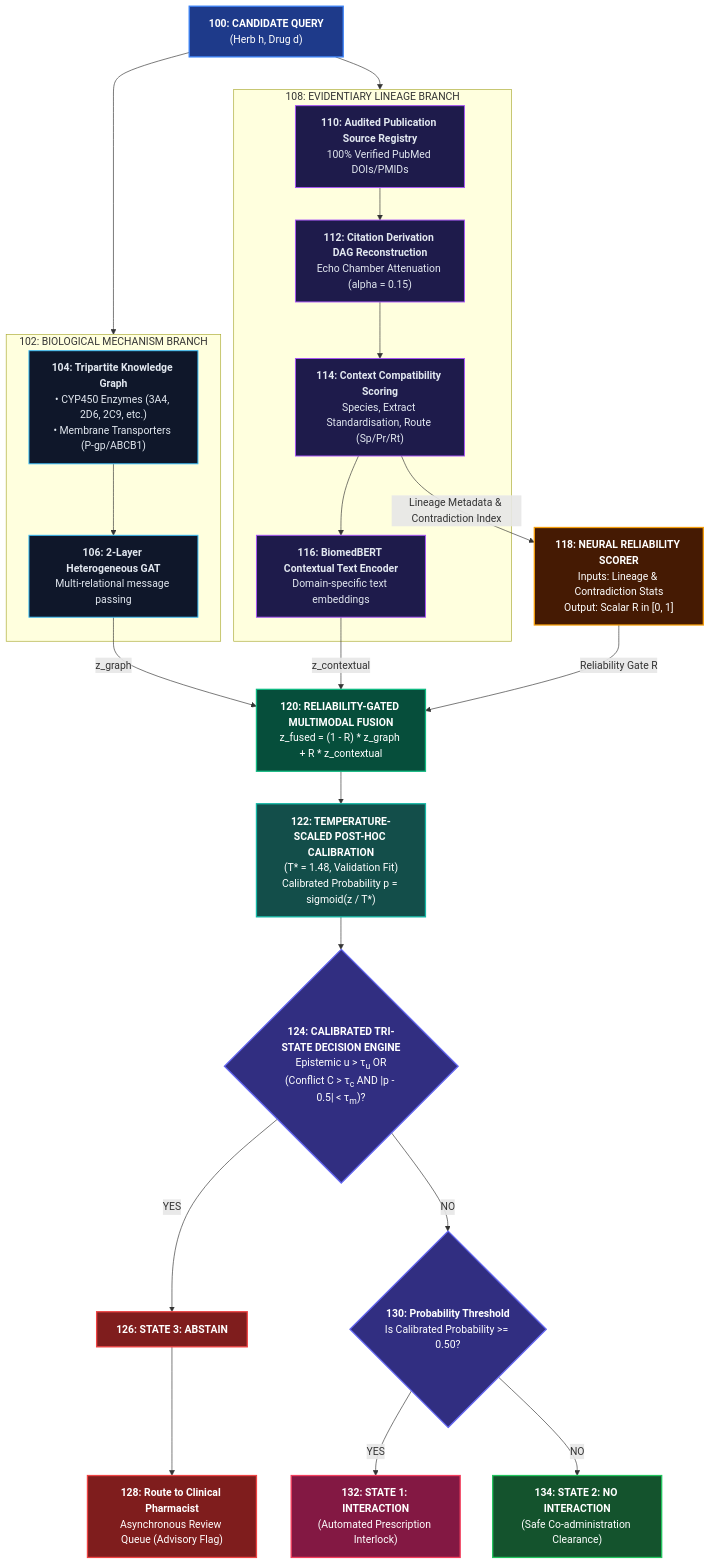
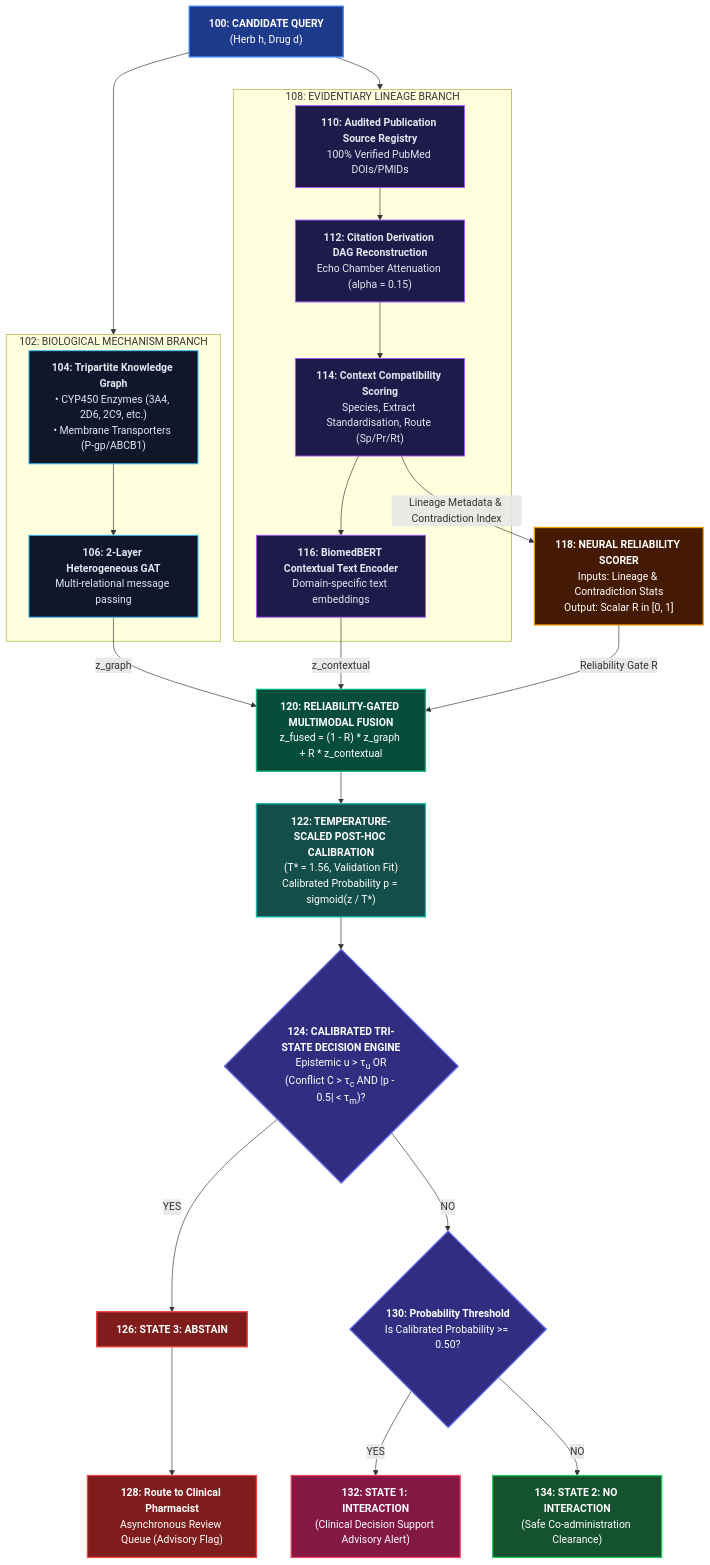
The diagram in patent/VIT_Invention_Disclosure_Form_IDF_B.md (jiya2000/Reliability-Conditioned-Herb-Drug-Interaction-Prediction), drawn with Mermaid before and after one commit. The commit also changed other lines of this file and 108 other files, not shown here.

```diff
--- a/patent/VIT_Invention_Disclosure_Form_IDF_B.md
+++ b/patent/VIT_Invention_Disclosure_Form_IDF_B.md
@@ -115,7 +115,7 @@
     FUSION["<b>120: RELIABILITY-GATED MULTIMODAL FUSION</b><br/>z_fused = (1 - R) * z_graph + R * z_contextual"]
 
     %% Calibration Module
-    CALIB["<b>122: TEMPERATURE-SCALED POST-HOC CALIBRATION</b><br/>(T* = 1.48, Validation Fit)<br/>Calibrated Probability p = sigmoid(z / T*)"]
+    CALIB["<b>122: TEMPERATURE-SCALED POST-HOC CALIBRATION</b><br/>(T* = 1.56, Validation Fit)<br/>Calibrated Probability p = sigmoid(z / T*)"]
 
     %% Tri-State Decision Engine
     DECISION{"<b>124: CALIBRATED TRI-STATE DECISION ENGINE</b><br/>Epistemic u > &tau;<sub>u</sub> OR<br/>(Conflict C > &tau;<sub>c</sub> AND |p - 0.5| < &tau;<sub>m</sub>)?"}
@@ -125,7 +125,7 @@
 
     THRESHOLD{"<b>130: Probability Threshold</b><br/>Is Calibrated Probability >= 0.50?"}
 
-    STATE_POS["<b>132: STATE 1: INTERACTION</b><br/>(Automated Prescription Interlock)"]
+    STATE_POS["<b>132: STATE 1: INTERACTION</b><br/>(Clinical Decision Support Advisory Alert)"]
     STATE_NEG["<b>134: STATE 2: NO INTERACTION</b><br/>(Safe Co-administration Clearance)"]
 
     %% Connections
```
